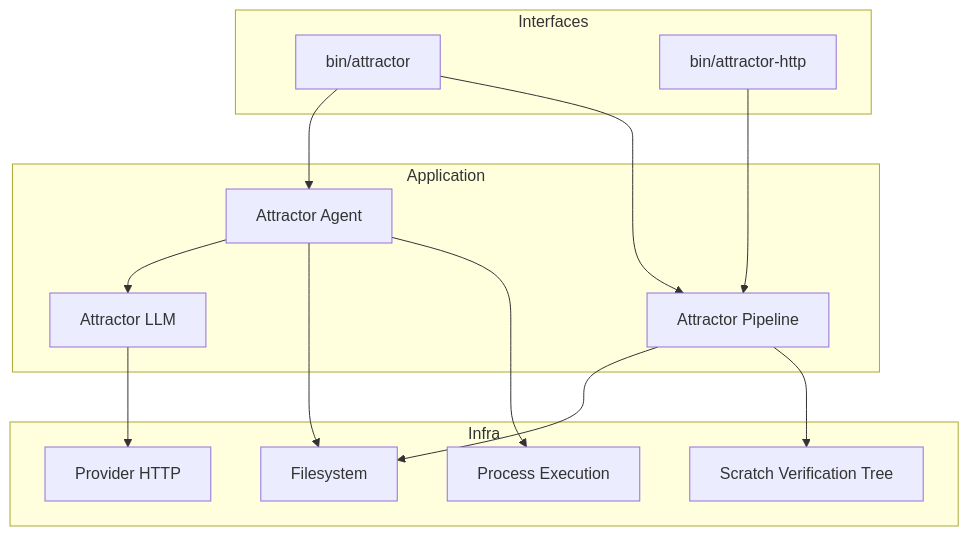
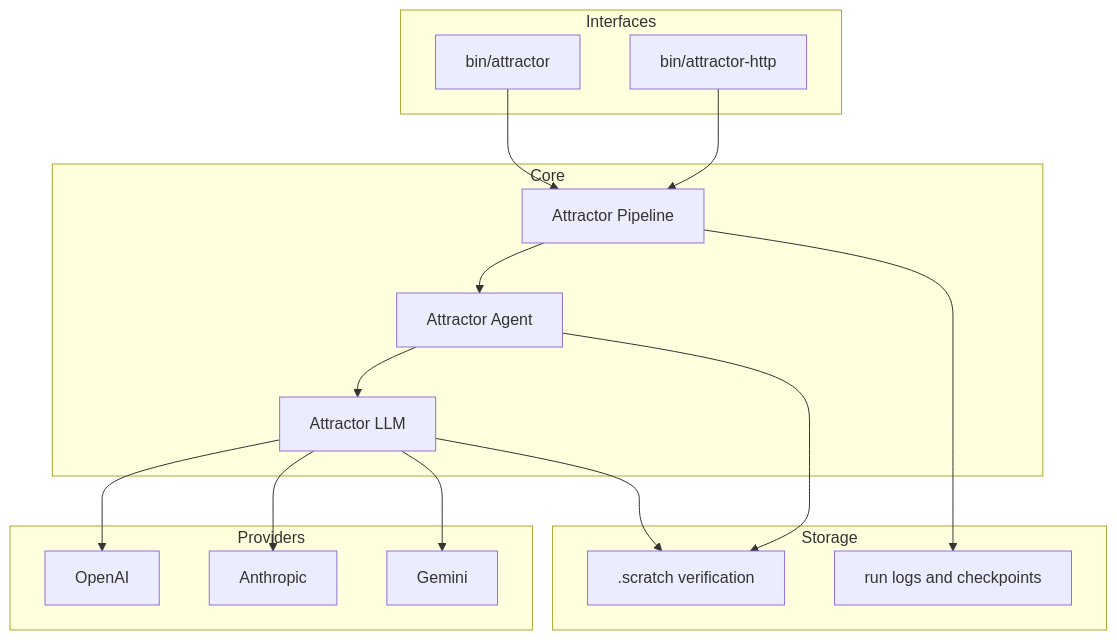
The fifth of 5 diagrams in docs/sprints/SPRINT-001-comprehensive-implementation-plan.md (jaytaylor/attractor-php), drawn with Mermaid before and after one commit. The commit also changed other lines of this file, not shown here.

````diff
--- a/docs/sprints/SPRINT-001-comprehensive-implementation-plan.md
+++ b/docs/sprints/SPRINT-001-comprehensive-implementation-plan.md
@@ -620,30 +638,35 @@
 ```mermaid
 flowchart TB
-    subgraph Interfaces
-      CLI[bin/attractor]
-      HTTP[bin/attractor-http]
-    end
+  subgraph Interfaces
+    CLI[bin/attractor]
+    HTTP[bin/attractor-http]
+  end
 
-    subgraph Application
-      LLM[Attractor LLM]
-      Agent[Attractor Agent]
-      Pipeline[Attractor Pipeline]
-    end
+  subgraph Core
+    LLM[Attractor LLM]
+    Agent[Attractor Agent]
+    Pipeline[Attractor Pipeline]
+  end
 
-    subgraph Infra
-      FS[Filesystem]
-      Proc[Process Execution]
-      Net[Provider HTTP]
-      Evidence[Scratch Verification Tree]
-    end
+  subgraph Providers
+    OpenAI[OpenAI]
+    Anthropic[Anthropic]
+    Gemini[Gemini]
+  end
 
-    CLI --> Agent
-    CLI --> Pipeline
-    HTTP --> Pipeline
-    Agent --> LLM
-    Agent --> FS
-    Agent --> Proc
-    LLM --> Net
-    Pipeline --> FS
-    Pipeline --> Evidence
+  subgraph Storage
+    Scratch[.scratch verification]
+    Logs[run logs and checkpoints]
+  end
+
+  CLI --> Pipeline
+  HTTP --> Pipeline
+  Pipeline --> Agent
+  Agent --> LLM
+  LLM --> OpenAI
+  LLM --> Anthropic
+  LLM --> Gemini
+  Pipeline --> Logs
+  Agent --> Scratch
+  LLM --> Scratch
 ```
````
